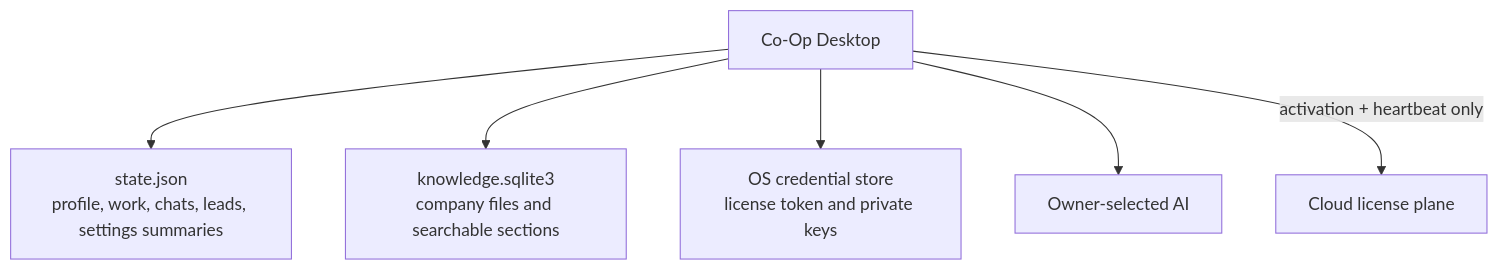
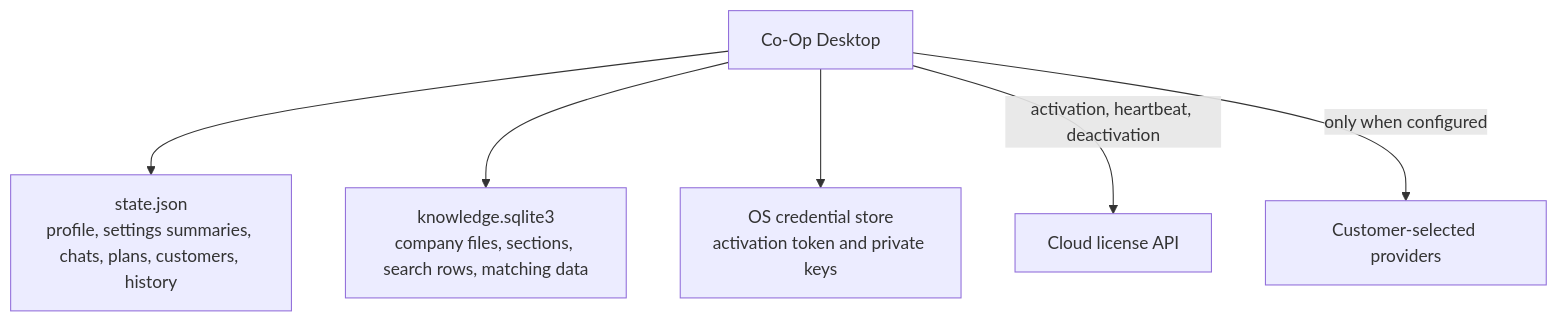
One commit to Afnanksalal/co-op changed the first of 2 diagrams in docs/DATA_PLANE.md. Above: the diagram before and after it, drawn with Mermaid. The commit also changed other lines of this file and 44 other files, not shown here.

````diff
--- a/docs/DATA_PLANE.md
+++ b/docs/DATA_PLANE.md
@@ -5,15 +7,15 @@
 ```mermaid
 flowchart TD
   Desktop["Co-Op Desktop"]
-  State["state.json<br/>profile, work, chats, leads, settings summaries"]
-  Files["knowledge.sqlite3<br/>company files and searchable sections"]
-  Secrets["OS credential store<br/>license token and private keys"]
-  AI["Owner-selected AI"]
-  Cloud["Cloud license plane"]
+  State["state.json<br/>profile, settings summaries, chats, plans, customers, history"]
+  Files["knowledge.sqlite3<br/>company files, sections, search rows, matching data"]
+  Secrets["OS credential store<br/>activation token and private keys"]
+  Cloud["Cloud license API"]
+  Provider["Customer-selected providers"]
 
   Desktop --> State
   Desktop --> Files
   Desktop --> Secrets
-  Desktop --> AI
-  Desktop -->|"activation + heartbeat only"| Cloud
+  Desktop -->|"activation, heartbeat, deactivation"| Cloud
+  Desktop -->|"only when configured"| Provider
 ```
````
